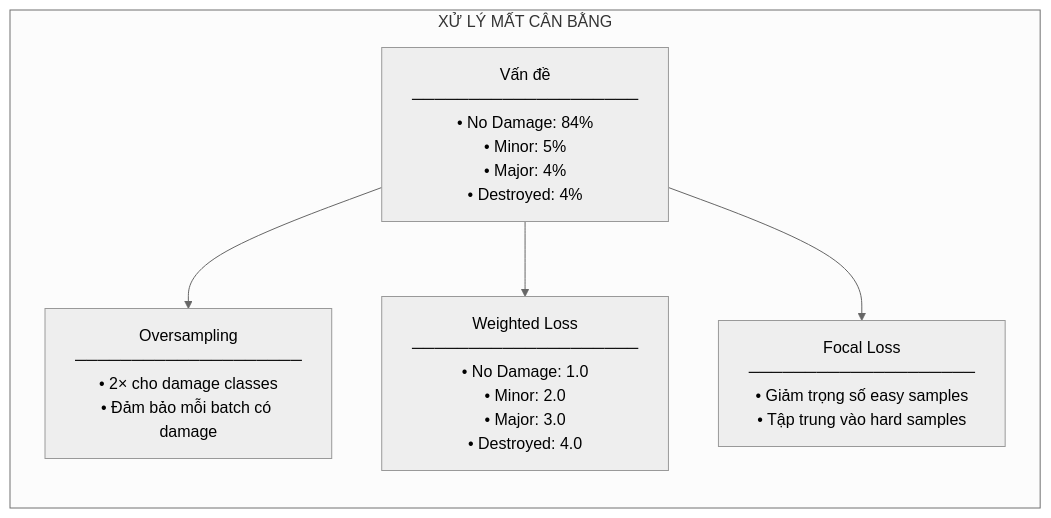
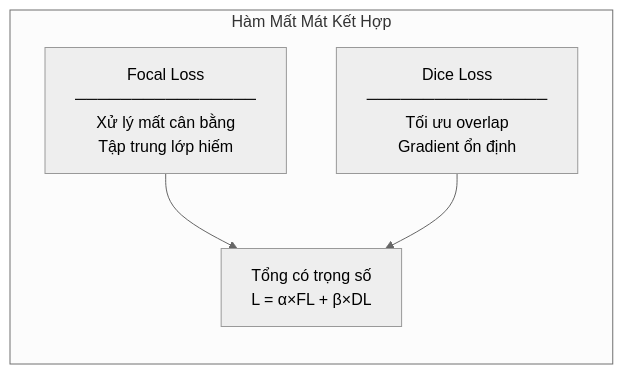
One commit to rerangst/geobayai_lab changed the fourth of 5 diagrams in research/chuong-06-xview-challenges/muc-02-xview2-building-damage/02-giai-nhat.md. Above: the diagram before and after it, drawn with Mermaid (neutral theme). The commit also changed other lines of this file and 18 other files, not shown here.

````diff
--- a/research/chuong-06-xview-challenges/muc-02-xview2-building-damage/02-giai-nhat.md
+++ b/research/chuong-06-xview-challenges/muc-02-xview2-building-damage/02-giai-nhat.md
@@ -715,18 +156,11 @@
 ```mermaid
-flowchart TB
-    subgraph IMBALANCE["XỬ LÝ MẤT CÂN BẰNG"]
-        direction TB
+flowchart LR
+    subgraph LOSS["Hàm Mất Mát Kết Hợp"]
+        FOCAL["Focal Loss<br/>────────────────<br/>Xử lý mất cân bằng<br/>Tập trung lớp hiếm"]
+        DICE["Dice Loss<br/>────────────────<br/>Tối ưu overlap<br/>Gradient ổn định"]
+        COMBINED["Tổng có trọng số<br/>L = α×FL + β×DL"]
+    end
 
-        PROB["Vấn đề<br/>────────────────────<br/>• No Damage: 84%<br/>• Minor: 5%<br/>• Major: 4%<br/>• Destroyed: 4%"]
-
-        SOL1["Oversampling<br/>────────────────────<br/>• 2× cho damage classes<br/>• Đảm bảo mỗi batch có damage"]
-
-        SOL2["Weighted Loss<br/>────────────────────<br/>• No Damage: 1.0<br/>• Minor: 2.0<br/>• Major: 3.0<br/>• Destroyed: 4.0"]
-
-        SOL3["Focal Loss<br/>────────────────────<br/>• Giảm trọng số easy samples<br/>• Tập trung vào hard samples"]
-
-        PROB --> SOL1
-        PROB --> SOL2
-        PROB --> SOL3
-    end
+    FOCAL --> COMBINED
+    DICE --> COMBINED
 ```
````
